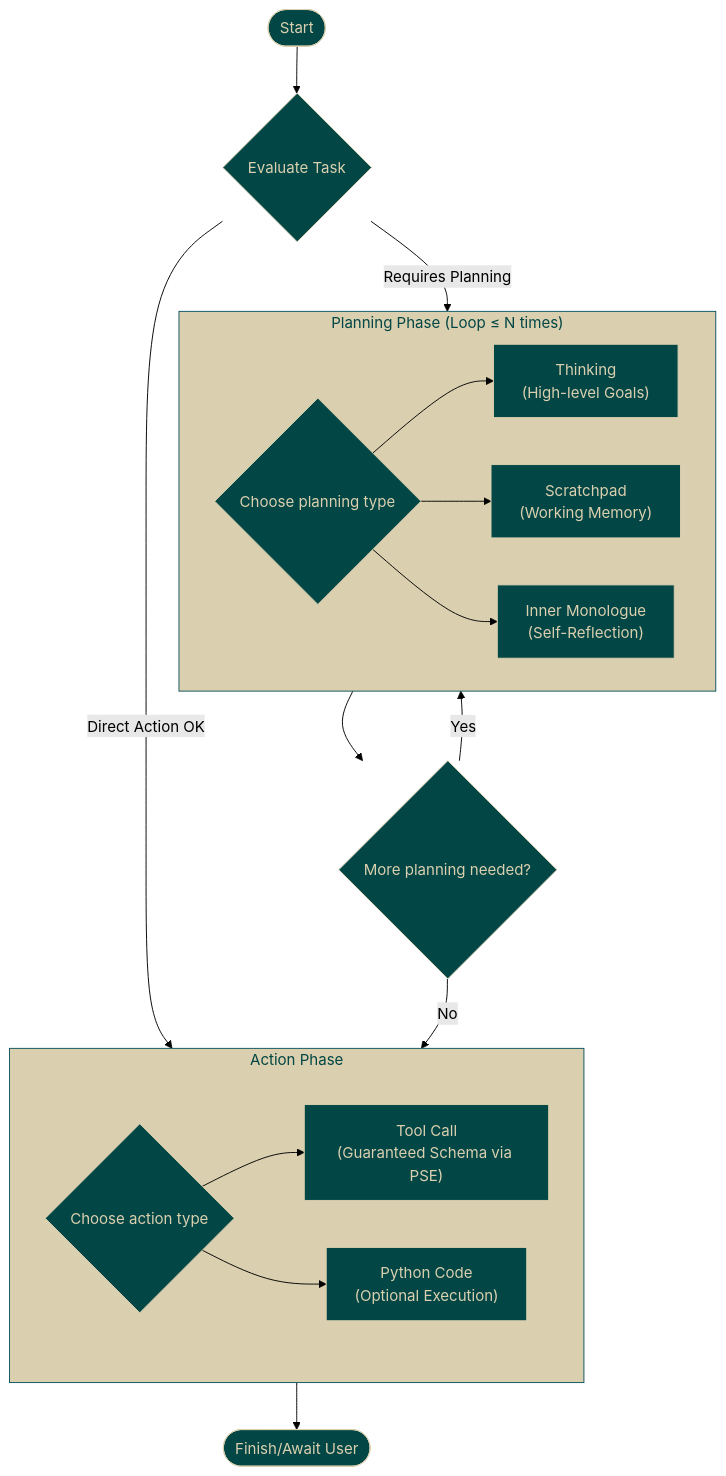
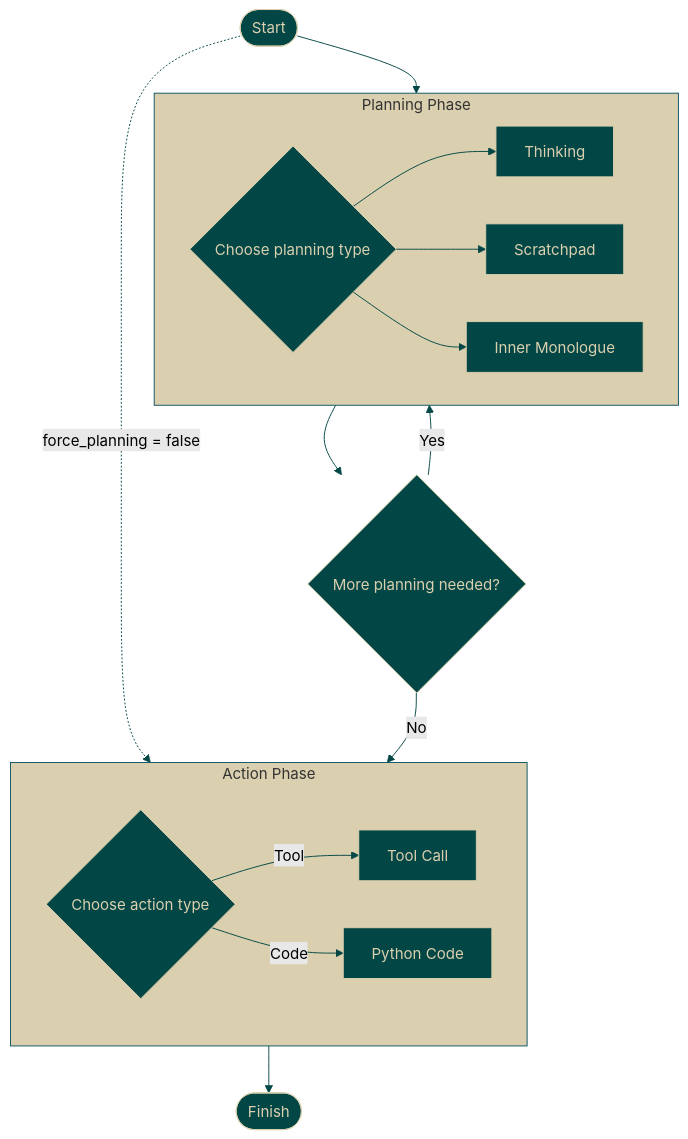
The diagram in README.md (TheProxyCompany/proxy-base-agent), drawn with Mermaid (forest theme) before and after one commit.

````diff
--- a/README.md
+++ b/README.md
@@ -41,35 +40,44 @@
 ```mermaid
 flowchart TD
-    Start([Start]) --> PlanLoopCheck{Evaluate Task}
-    PlanLoopCheck -- Requires Planning --> Plan
-    PlanLoopCheck -- Direct Action OK --> Action
+    Start([Start]) --> Plan
+    Start -. force_planning = false .-> Action
 
-    subgraph Plan["Planning Phase (Loop ≤ N times)"]
-        direction LR
-        PlanningChoice{"Choose planning type"} --> Thinking["Thinking<br>(High-level Goals)"]
-        PlanningChoice --> Scratchpad["Scratchpad<br>(Working Memory)"]
-        PlanningChoice --> InnerMonologue["Inner Monologue<br>(Self-Reflection)"]
+    subgraph Plan["Planning Phase"]
+        PlanningChoice{"Choose planning type"}
+        Thinking["Thinking"]
+        Scratchpad["Scratchpad"]
+        InnerMonologue["Inner Monologue"]
+
+        PlanningChoice --> Thinking
+        PlanningChoice --> Scratchpad
+        PlanningChoice --> InnerMonologue
     end
 
-    Plan --> PlanLoopDecision{"More planning needed?"}
-    PlanLoopDecision -- "Yes" --> Plan
-    PlanLoopDecision -- "No" --> Action
+    subgraph Action["Action Phase"]
+        ActionChoice{"Choose action type"}
+        ToolAction["Tool Call"]
+        CodeAction["Python Code"]
 
-    subgraph Action["Action Phase"]
-        direction LR
-        ActionChoice{"Choose action type"} --> ToolAction["Tool Call<br>(Guaranteed Schema via PSE)"]
-        ActionChoice --> CodeAction["Python Code<br>(Optional Execution)"]
+        ActionChoice -- "Tool" --> ToolAction
+        ActionChoice -- "Code" --> CodeAction
     end
 
-    Action --> Finish([Finish/Await User])
+    Plan --> PlanLoop{"More planning needed?"}
+    PlanLoop -- "Yes" --> Plan
+    PlanLoop -- "No" --> Action
 
-    classDef phase fill:#DAD0AF,stroke:#0c5460,color:#024645
-    classDef decision fill:#024645,stroke:#DAD0AF,color:#DAD0AF,shape:diamond
-    classDef state fill:#024645,stroke:#DAD0AF,color:#DAD0AF
-    classDef terminal fill:#024645,stroke:#DAD0AF,color:#DAD0AF,shape:stadium
+    Action --> Finish([Finish])
+
+    classDef phase fill:#DAD0AF,stroke:#0c5460,border-color:#024645
+    classDef decision fill:#024645,stroke:#DAD0AF,color:#DAD0AF,border-color:#DAD0AF,shape:diamond
+    classDef state fill:#024645,stroke:#DAD0AF,color:#DAD0AF,border-color:#DAD0AF
+    classDef terminal fill:#024645,stroke:#DAD0AF,color:#DAD0AF,border-color:#DAD0AF,shape:stadium
 
     class Plan,Action phase
-    class PlanLoopCheck,PlanLoopDecision,ActionChoice decision
-    class PlanningChoice,Thinking,Scratchpad,InnerMonologue,ToolAction,CodeAction state
+    class PlanLoop,ActionChoice,StepCheck decision
+    class PlanningChoice,Thinking,Scratchpad,InnerMonologue state
+    class ToolAction,CodeAction state
     class Start,Finish terminal
+
+    linkStyle default stroke:#024645
 ```
````
